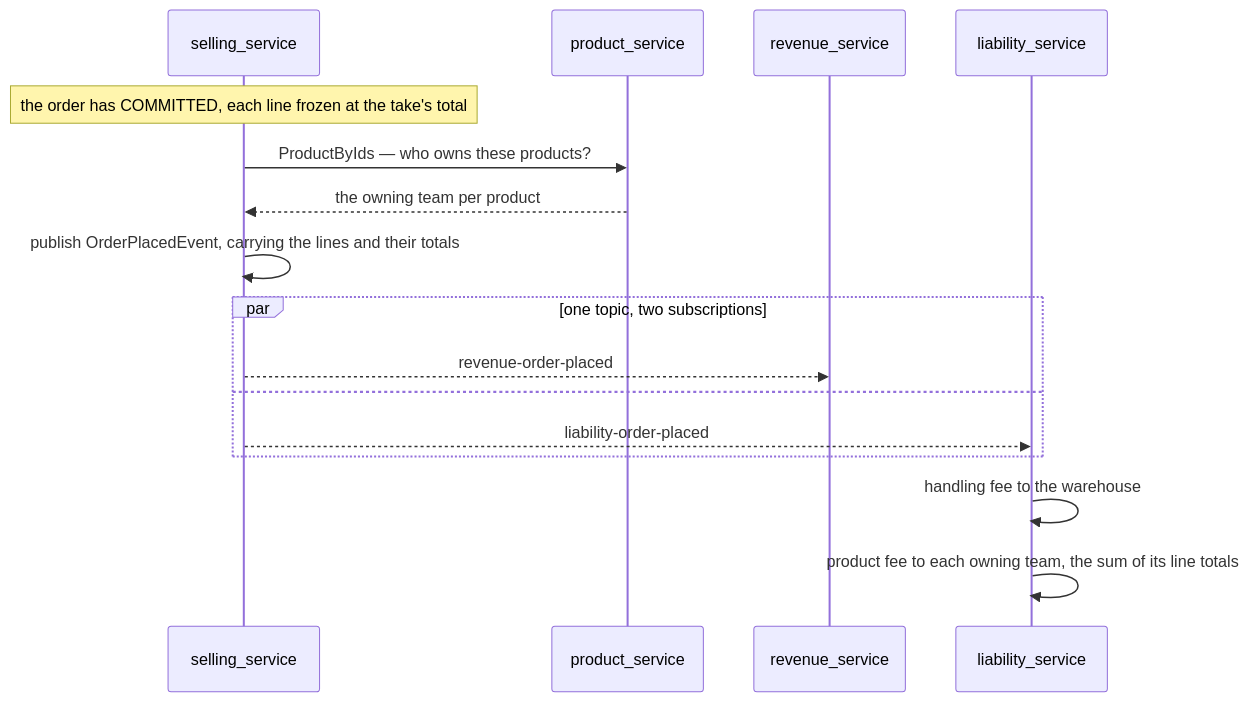
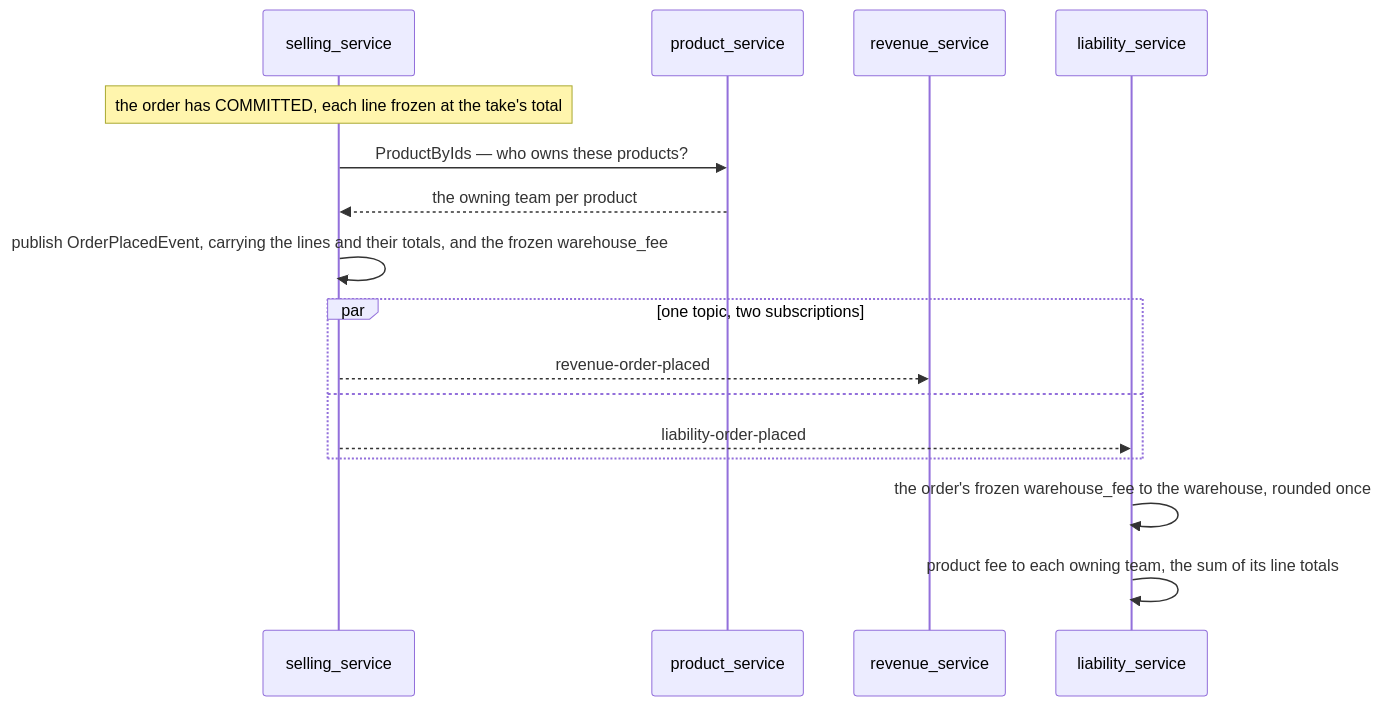
One commit to pdcgo/warehouse_revamp changed the second of 9 diagrams in docs/services/liability_service/rpc.md. Above: the diagram before and after it, drawn with Mermaid. The commit also changed other lines of this file and 18 other files, not shown here.

First line of the commit message:
feat(fee): step 4 — OrderPlaced carries the frozen warehouse fee, liability posts it

````diff
--- a/docs/services/liability_service/rpc.md
+++ b/docs/services/liability_service/rpc.md
@@ -81,19 +81,19 @@
 ```mermaid
 sequenceDiagram
     participant S as selling_service
     participant P as product_service
     participant R as revenue_service
     participant T as liability_service
 
     Note over S: the order has COMMITTED, each line frozen at the take's total
     S->>P: ProductByIds — who owns these products?
     P-->>S: the owning team per product
-    S->>S: publish OrderPlacedEvent, carrying the lines and their totals
+    S->>S: publish OrderPlacedEvent, carrying the lines and their totals, and the frozen warehouse_fee
     par one topic, two subscriptions
         S-->>R: revenue-order-placed
     and
         S-->>T: liability-order-placed
     end
-    T->>T: handling fee to the warehouse
+    T->>T: the order's frozen warehouse_fee to the warehouse, rounded once
     T->>T: product fee to each owning team, the sum of its line totals
 ```
````
